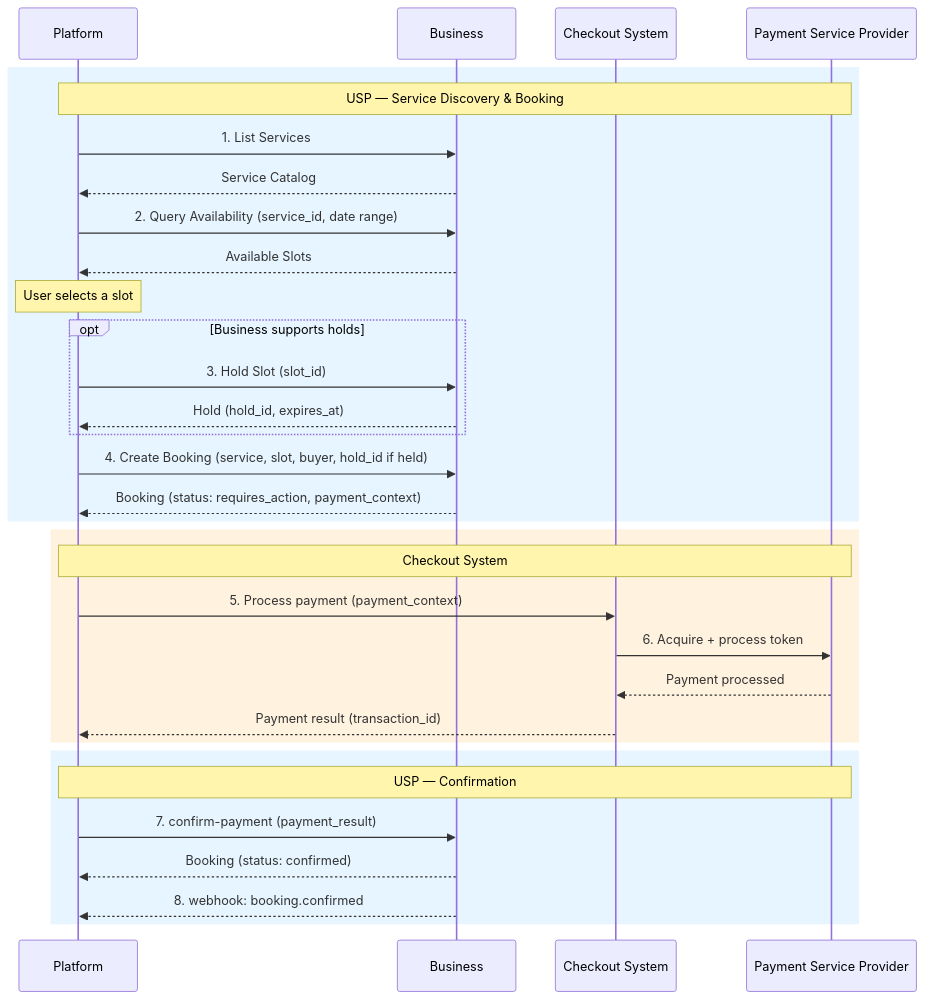
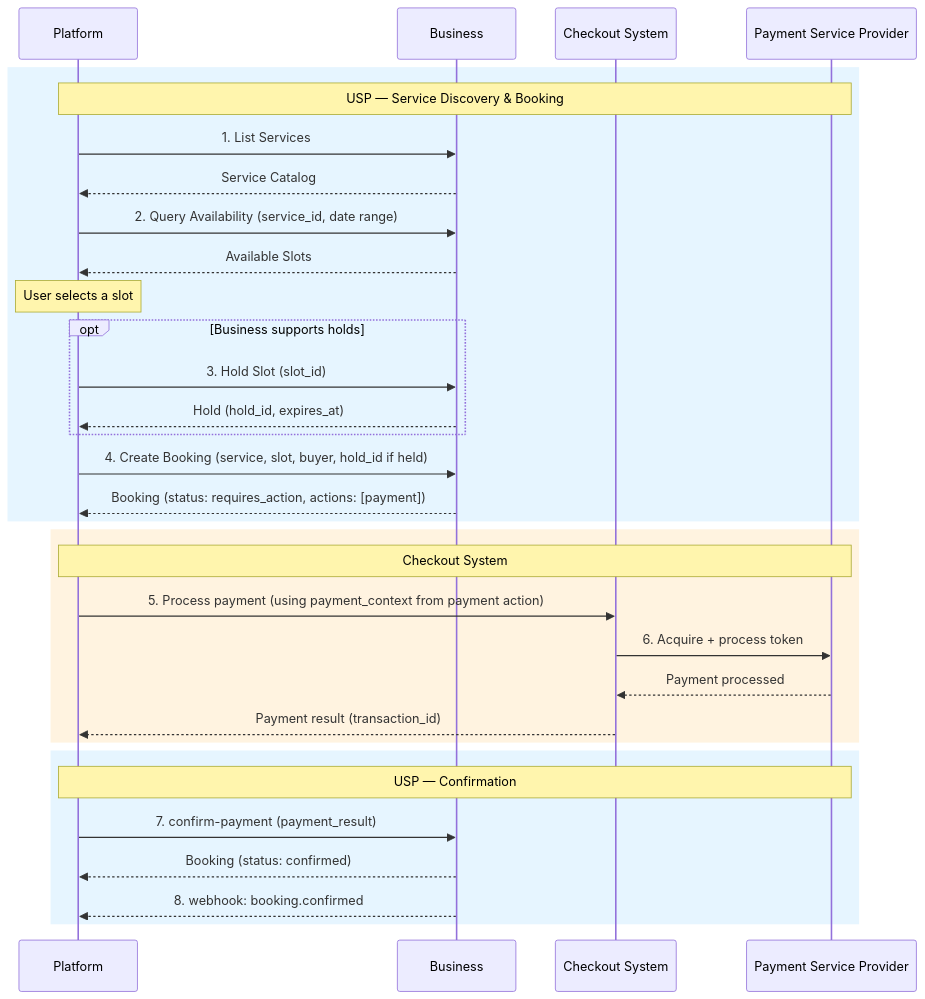
The eighth of 9 diagrams in specification.md (wix/universal-scheduling-protocol), drawn with Mermaid before and after one commit. The commit also changed other lines of this file and 3 other files, not shown here.

````diff
--- a/specification.md
+++ b/specification.md
@@ -2438,37 +3363,37 @@
 ```mermaid
 sequenceDiagram
     participant P as Platform
     participant B as Business
     participant CS as Checkout System
     participant PSP as Payment Service Provider
 
     rect rgb(230, 245, 255)
     Note over P,PSP: USP — Service Discovery & Booking
     P->>B: 1. List Services
     B-->>P: Service Catalog
     P->>B: 2. Query Availability (service_id, date range)
     B-->>P: Available Slots
     Note over P: User selects a slot
     opt Business supports holds
     P->>B: 3. Hold Slot (slot_id)
     B-->>P: Hold (hold_id, expires_at)
     end
     P->>B: 4. Create Booking (service, slot, buyer, hold_id if held)
-    B-->>P: Booking (status: requires_action, payment_context)
+    B-->>P: Booking (status: requires_action, actions: [payment])
     end
 
     rect rgb(255, 243, 224)
     Note over P,PSP: Checkout System
-    P->>CS: 5. Process payment (payment_context)
+    P->>CS: 5. Process payment (using payment_context from payment action)
     CS->>PSP: 6. Acquire + process token
     PSP-->>CS: Payment processed
     CS-->>P: Payment result (transaction_id)
     end
 
     rect rgb(230, 245, 255)
     Note over P,PSP: USP — Confirmation
     P->>B: 7. confirm-payment (payment_result)
     B-->>P: Booking (status: confirmed)
     B-->>P: 8. webhook: booking.confirmed
     end
 ```
````
